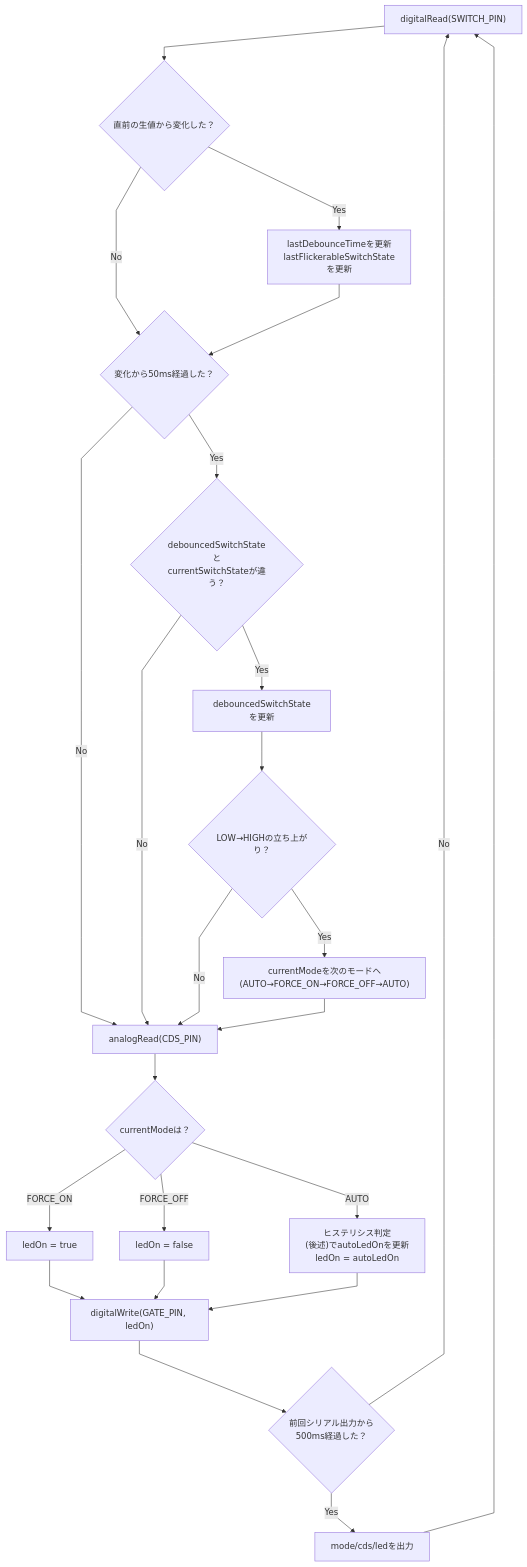
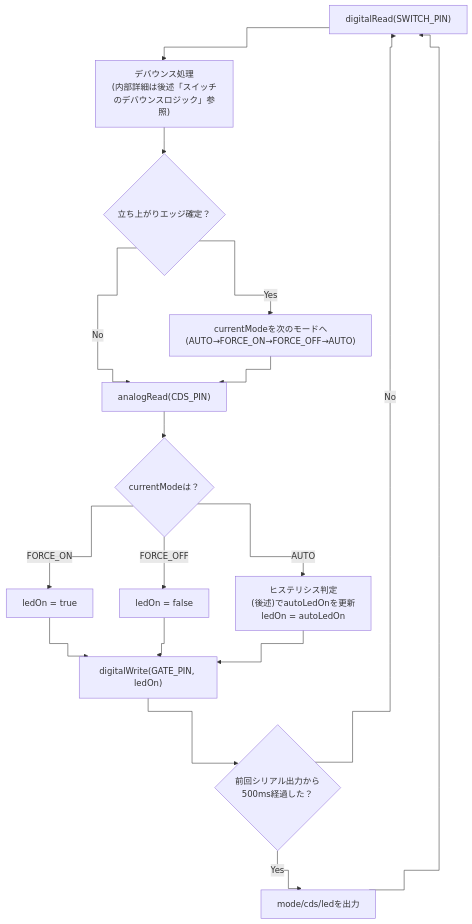
One commit to SanghunIm1991/ClaudeArduino changed the second of 4 diagrams in programs/03_night_light/README.md. Above: the diagram before and after it, drawn with Mermaid. The commit also changed other lines of this file, not shown here.

Commit message:
[claude] プログラム③: mermaidフローチャートを直角描画+構造簡略化で視認性改善
curveをstepに変更し折れ線を直角のみに統一した上で、デバウンス処理の
3段階判定を1ボックスに集約して遠距離ジャンプする分岐を削減した。
デバウンスの内部詳細は既存の「スイッチのデバウンスロジック」表に委譲。
アクションをエッジラベルに畳み込む案は可読性が下がったため不採用。

````diff
--- a/programs/03_night_light/README.md
+++ b/programs/03_night_light/README.md
@@ -166,27 +166,20 @@
 ```mermaid
-%%{init: {'flowchart': {'curve': 'linear'}}}%%
+%%{init: {'flowchart': {'curve': 'step'}}}%%
 flowchart TD
-    A["digitalRead(SWITCH_PIN)"] --> B{"直前の生値から変化した？"}
-    B -- Yes --> C["lastDebounceTimeを更新<br>lastFlickerableSwitchStateを更新"]
-    B -- No --> D
-    C --> D{"変化から50ms経過した？"}
-    D -- No --> H["analogRead(CDS_PIN)"]
-    D -- Yes --> E{"debouncedSwitchStateと<br>currentSwitchStateが違う？"}
-    E -- No --> H
-    E -- Yes --> F["debouncedSwitchStateを更新"]
-    F --> G{"LOW→HIGHの立ち上がり？"}
-    G -- Yes --> G2["currentModeを次のモードへ<br>(AUTO→FORCE_ON→FORCE_OFF→AUTO)"]
-    G -- No --> H
+    A["digitalRead(SWITCH_PIN)"] --> B["デバウンス処理<br>(内部詳細は後述「スイッチのデバウンスロジック」参照)"]
+    B --> C{"立ち上がりエッジ確定？"}
+    C -- Yes --> D["currentModeを次のモードへ<br>(AUTO→FORCE_ON→FORCE_OFF→AUTO)"]
+    C -- No --> E
+    D --> E["analogRead(CDS_PIN)"]
+    E --> F{"currentModeは？"}
+    F -- FORCE_ON --> G1["ledOn = true"]
+    F -- FORCE_OFF --> G2["ledOn = false"]
+    F -- AUTO --> G3["ヒステリシス判定<br>(後述)でautoLedOnを更新<br>ledOn = autoLedOn"]
+    G1 --> H["digitalWrite(GATE_PIN, ledOn)"]
     G2 --> H
-    H --> I{"currentModeは？"}
-    I -- FORCE_ON --> J1["ledOn = true"]
-    I -- FORCE_OFF --> J2["ledOn = false"]
-    I -- AUTO --> J3["ヒステリシス判定<br>(後述)でautoLedOnを更新<br>ledOn = autoLedOn"]
-    J1 --> K["digitalWrite(GATE_PIN, ledOn)"]
-    J2 --> K
-    J3 --> K
-    K --> L{"前回シリアル出力から<br>500ms経過した？"}
-    L -- Yes --> M["mode/cds/ledを出力"]
-    L -- No --> A
-    M --> A
+    G3 --> H
+    H --> I{"前回シリアル出力から<br>500ms経過した？"}
+    I -- Yes --> J["mode/cds/ledを出力"]
+    I -- No --> A
+    J --> A
 ```
````
